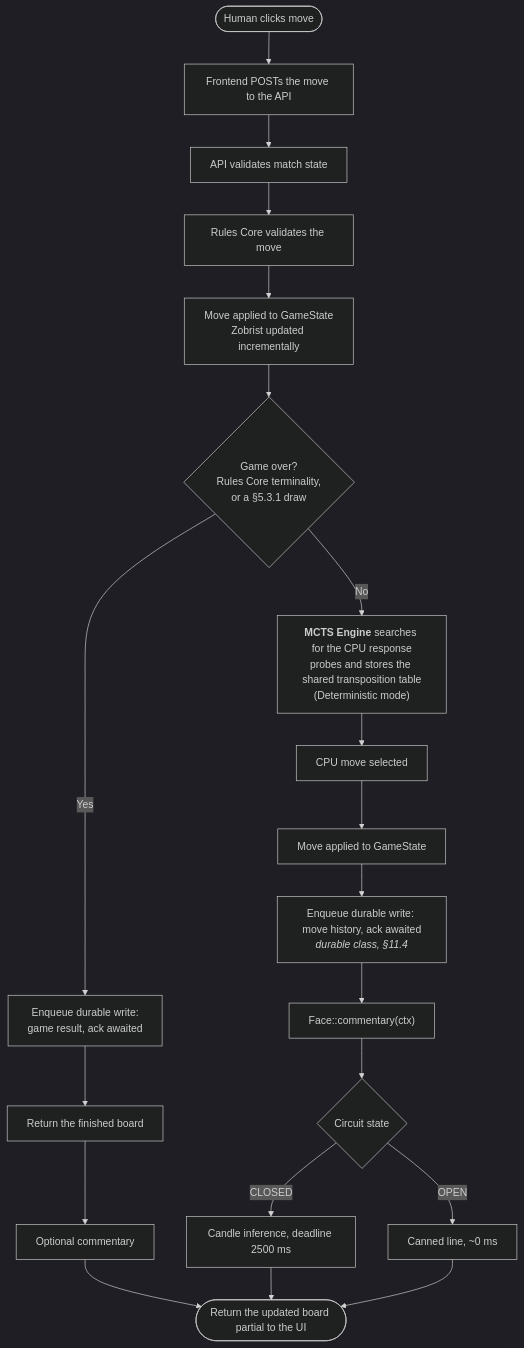
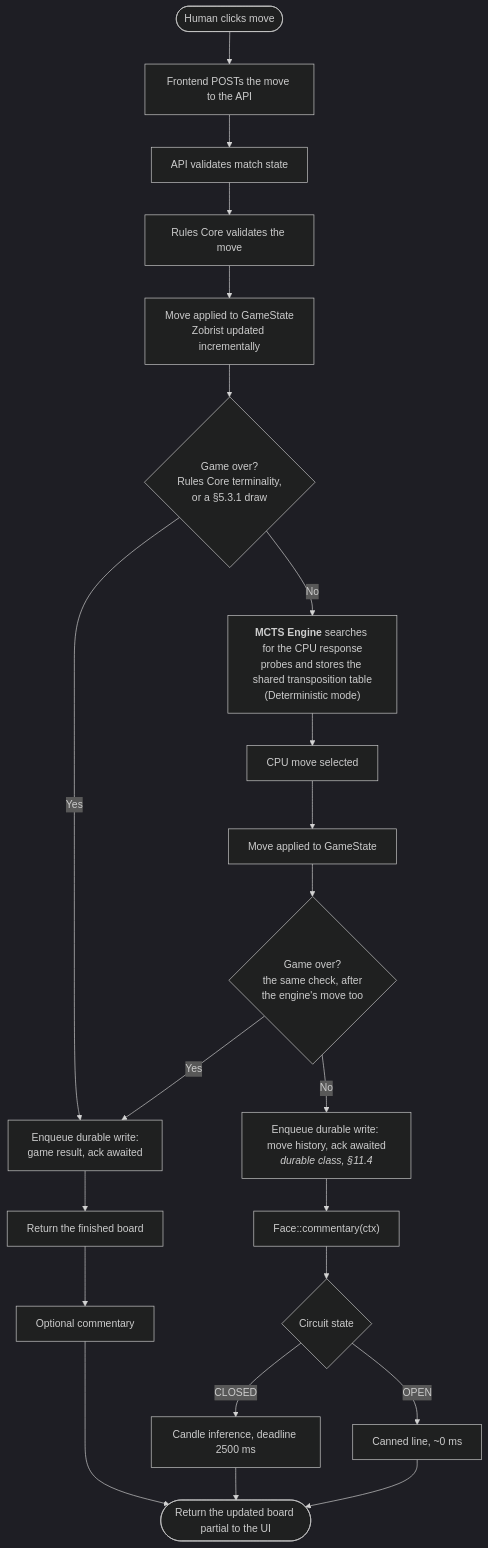
Before and after one commit to garnizeh/draughts: the first of 2 diagrams in docs/architecture/08-game-modes-and-flows.md, drawn with Mermaid (dark theme). The commit also changed other lines of this file and 6 other files, not shown here.

````diff
--- a/docs/architecture/08-game-modes-and-flows.md
+++ b/docs/architecture/08-game-modes-and-flows.md
@@ -5,25 +5,27 @@
 ```mermaid
 flowchart TB
     A(["Human clicks move"]) --> B["Frontend POSTs the move to the API"]
     B --> C["API validates match state"]
     C --> D["Rules Core validates the move"]
     D --> E["Move applied to GameState<br/>Zobrist updated incrementally"]
     E --> F{"Game over?<br/>Rules Core terminality,<br/>or a §5.3.1 draw"}
 
     F -->|Yes| G1["Enqueue durable write:<br/>game result, ack awaited"]
     G1 --> G2["Return the finished board"]
     G2 --> G3["Optional commentary"]
     G3 --> Z
 
     F -->|No| H["<b>MCTS Engine</b> searches for the CPU response<br/>probes and stores the shared transposition table<br/>(Deterministic mode)"]
     H --> I["CPU move selected"]
     I --> J["Move applied to GameState"]
-    J --> K["Enqueue durable write: move history, ack awaited<br/><i>durable class, §11.4</i>"]
+    J --> J2{"Game over?<br/>the same check, after<br/>the engine's move too"}
+    J2 -->|Yes| G1
+    J2 -->|No| K["Enqueue durable write: move history, ack awaited<br/><i>durable class, §11.4</i>"]
     K --> L["Face::commentary(ctx)"]
     L --> M{"Circuit state"}
     M -->|CLOSED| N["Candle inference, deadline 2500 ms"]
     M -->|OPEN| O["Canned line, ~0 ms"]
     N --> Z
     O --> Z
     Z(["Return the updated board partial to the UI"])
 ```
````
